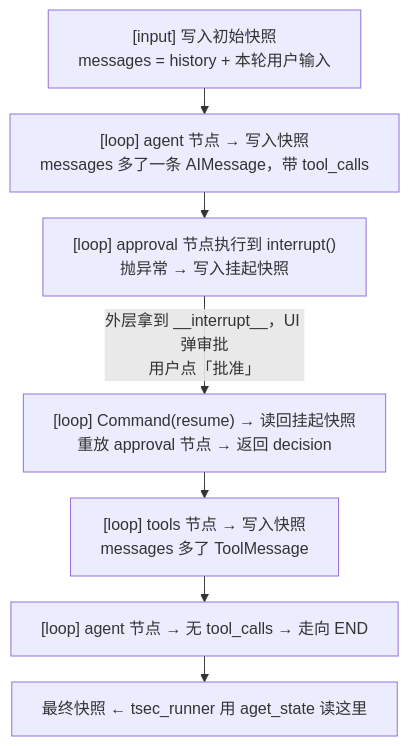
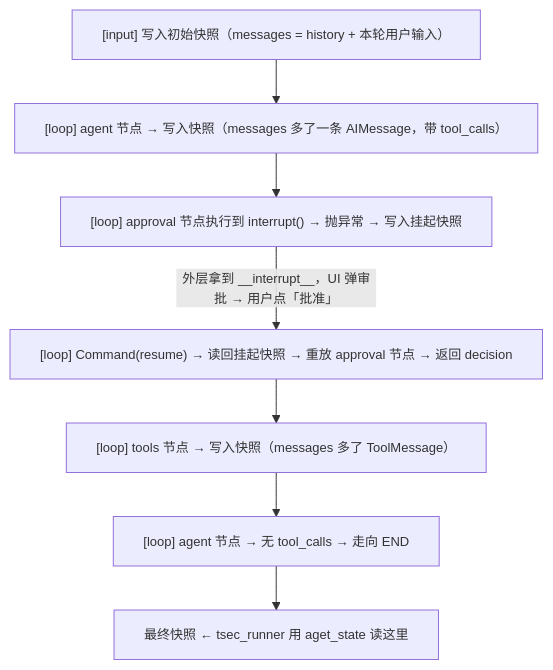
One commit to Surysaki/surysaki.github.io changed the third of 6 diagrams in content/posts/SSsec/index.md. Above: the diagram before and after it, drawn with Mermaid. The commit also changed other lines of this file, not shown here.

Commit message:
改动

````diff
--- a/content/posts/SSsec/index.md
+++ b/content/posts/SSsec/index.md
@@ -200,15 +200,15 @@
 ```mermaid
-%%{init: {"flowchart": {"nodeSpacing": 30, "rankSpacing": 26, "wrappingWidth": 520}}}%%
+%%{init: {"flowchart": {"nodeSpacing": 30, "rankSpacing": 44, "wrappingWidth": 620}, "themeVariables": {"fontSize": "13px"}}}%%
 flowchart TB
-    S1["[input] 写入初始快照<br/>messages = history + 本轮用户输入"]
-    S2["[loop] agent 节点 → 写入快照<br/>messages 多了一条 AIMessage，带 tool_calls"]
-    S3["[loop] approval 节点执行到 interrupt()<br/>抛异常 → 写入挂起快照"]
-    S4["[loop] Command(resume) → 读回挂起快照<br/>重放 approval 节点 → 返回 decision"]
-    S5["[loop] tools 节点 → 写入快照<br/>messages 多了 ToolMessage"]
+    S1["[input] 写入初始快照（messages = history + 本轮用户输入）"]
+    S2["[loop] agent 节点 → 写入快照（messages 多了一条 AIMessage，带 tool_calls）"]
+    S3["[loop] approval 节点执行到 interrupt() → 抛异常 → 写入挂起快照"]
+    S4["[loop] Command(resume) → 读回挂起快照 → 重放 approval 节点 → 返回 decision"]
+    S5["[loop] tools 节点 → 写入快照（messages 多了 ToolMessage）"]
     S6["[loop] agent 节点 → 无 tool_calls → 走向 END"]
     S7["最终快照 ← tsec_runner 用 aget_state 读这里"]
 
     S1 --> S2 --> S3
-    S3 -- "外层拿到 __interrupt__，UI 弹审批<br/>用户点「批准」" --> S4
+    S3 -- "外层拿到 __interrupt__，UI 弹审批 → 用户点「批准」" --> S4
     S4 --> S5 --> S6 --> S7
 ```
````
